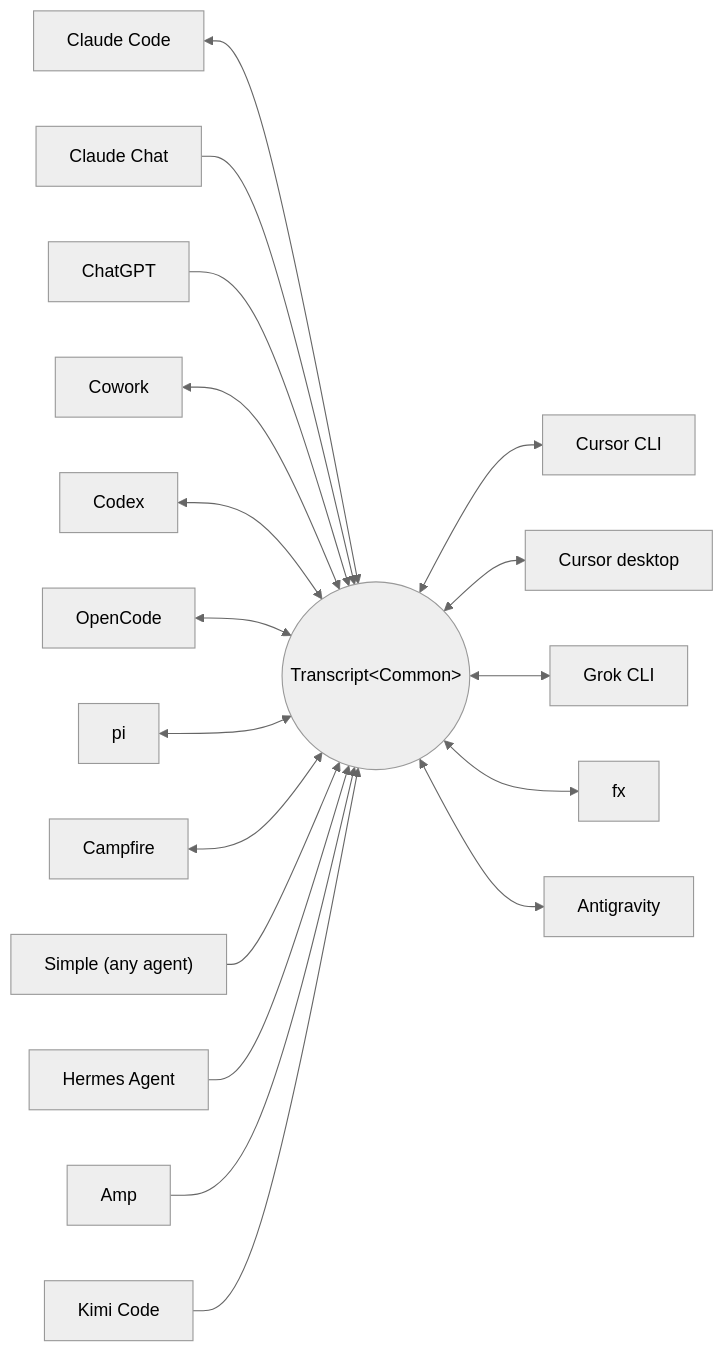
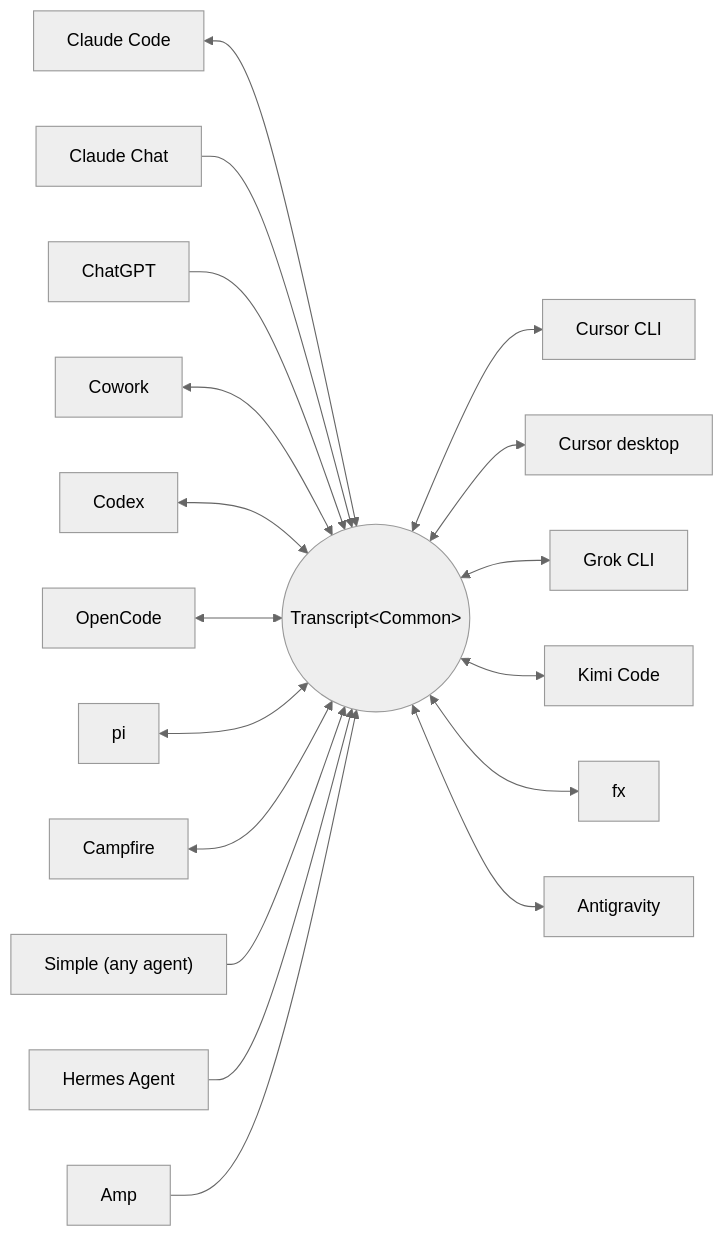
The diagram in README.md (skillsynchq/txcript), drawn with Mermaid (neutral theme) before and after one commit. The commit also changed other lines of this file and 9 other files, not shown here.

````diff
--- a/README.md
+++ b/README.md
@@ -61,20 +61,20 @@
 ```mermaid
 flowchart LR
     claude["Claude Code"] <--> common(("Transcript&lt;Common&gt;"))
     claudechat["Claude Chat"] --> common
     chatgpt["ChatGPT"] --> common
     cowork["Cowork"] <--> common
     codex["Codex"] <--> common
     opencode["OpenCode"] <--> common
     pi["pi"] <--> common
     campfire["Campfire"] <--> common
     common <--> cursor["Cursor CLI"]
     common <--> cursordesktop["Cursor desktop"]
     common <--> grok["Grok CLI"]
+    common <--> kimi["Kimi Code"]
     common <--> fx["fx"]
     common <--> antigravity["Antigravity"]
     simple["Simple (any agent)"] --> common
     hermes["Hermes Agent"] --> common
     amp["Amp"] --> common
-    kimi["Kimi Code"] --> common
 ```
````
